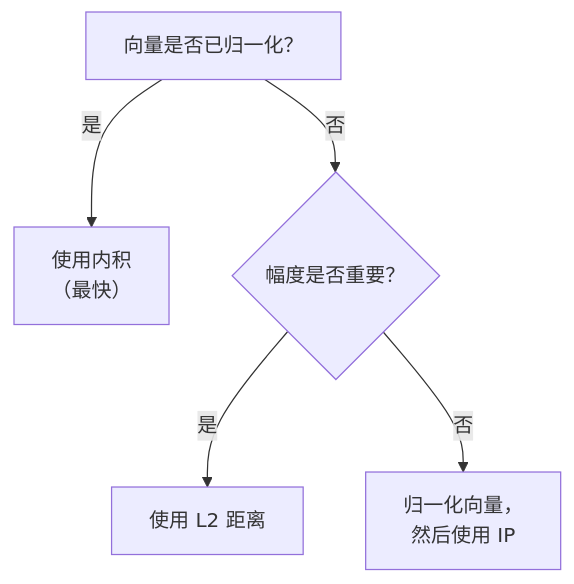
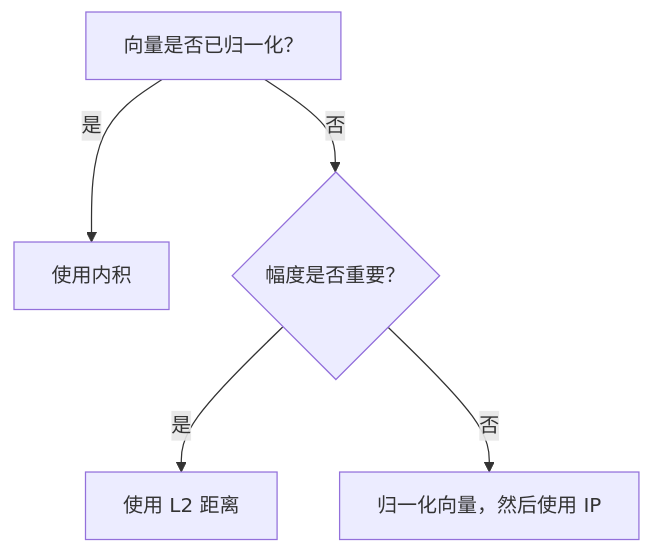
Before and after one commit to nexepic/zyx: the second of 2 diagrams in docs/zh/algorithms/vector-metrics.md, drawn with Mermaid. The commit also changed other lines of this file and 21 other files, not shown here.

First line of the commit message:
fix: resolve Mermaid diagram display issues in VitePress

````diff
--- a/docs/zh/algorithms/vector-metrics.md
+++ b/docs/zh/algorithms/vector-metrics.md
@@ -387,7 +394,7 @@
 ```mermaid
 flowchart TD
-    A[向量是否已归一化？] -->|是| B[使用内积<br/>（最快）]
+    A[向量是否已归一化？] -->|是| B[使用内积]
     A -->|否| C{幅度是否重要？}
     C -->|是| D[使用 L2 距离]
-    C -->|否| E[归一化向量，<br/>然后使用 IP]
+    C -->|否| E[归一化向量，然后使用 IP]
 ```
````
